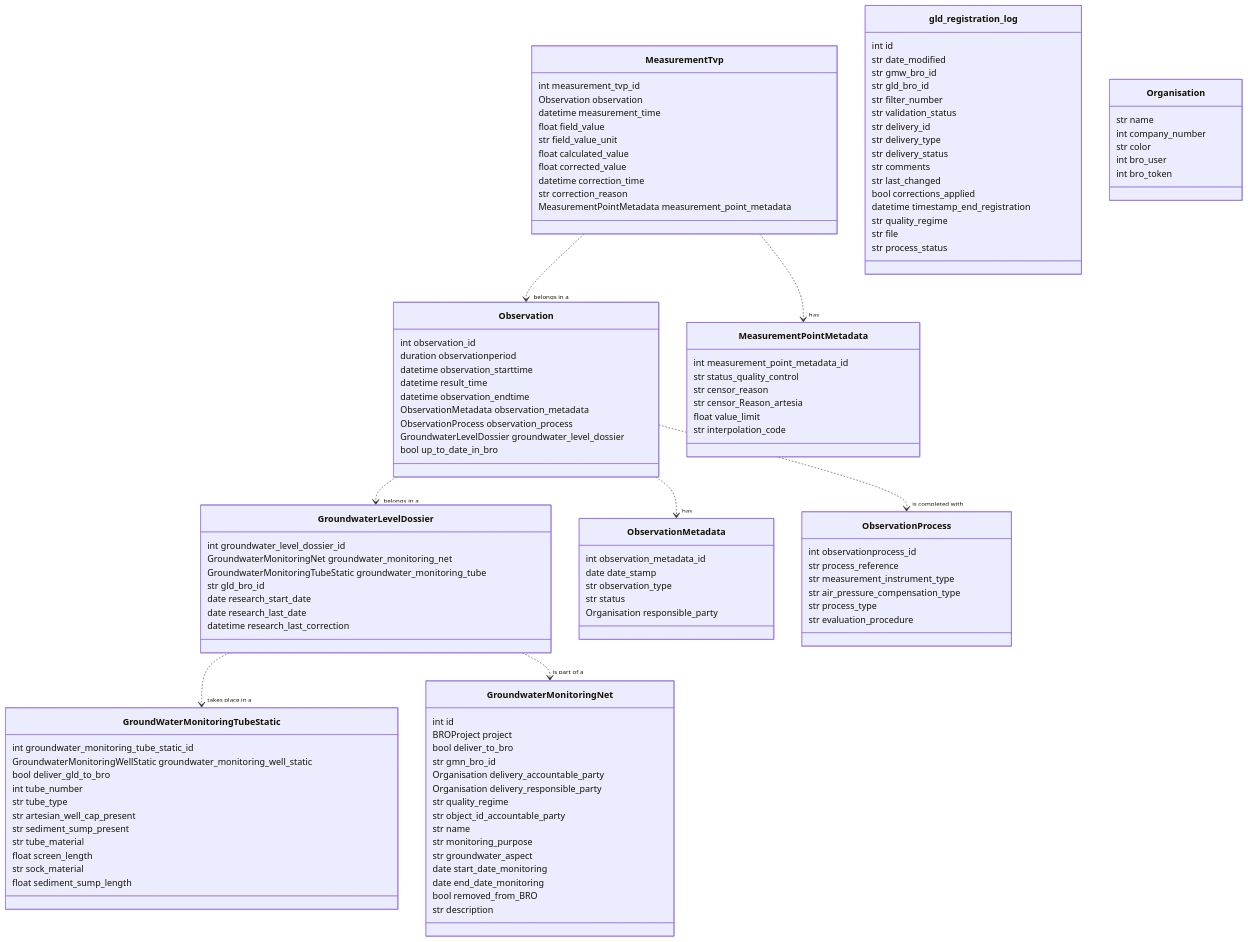
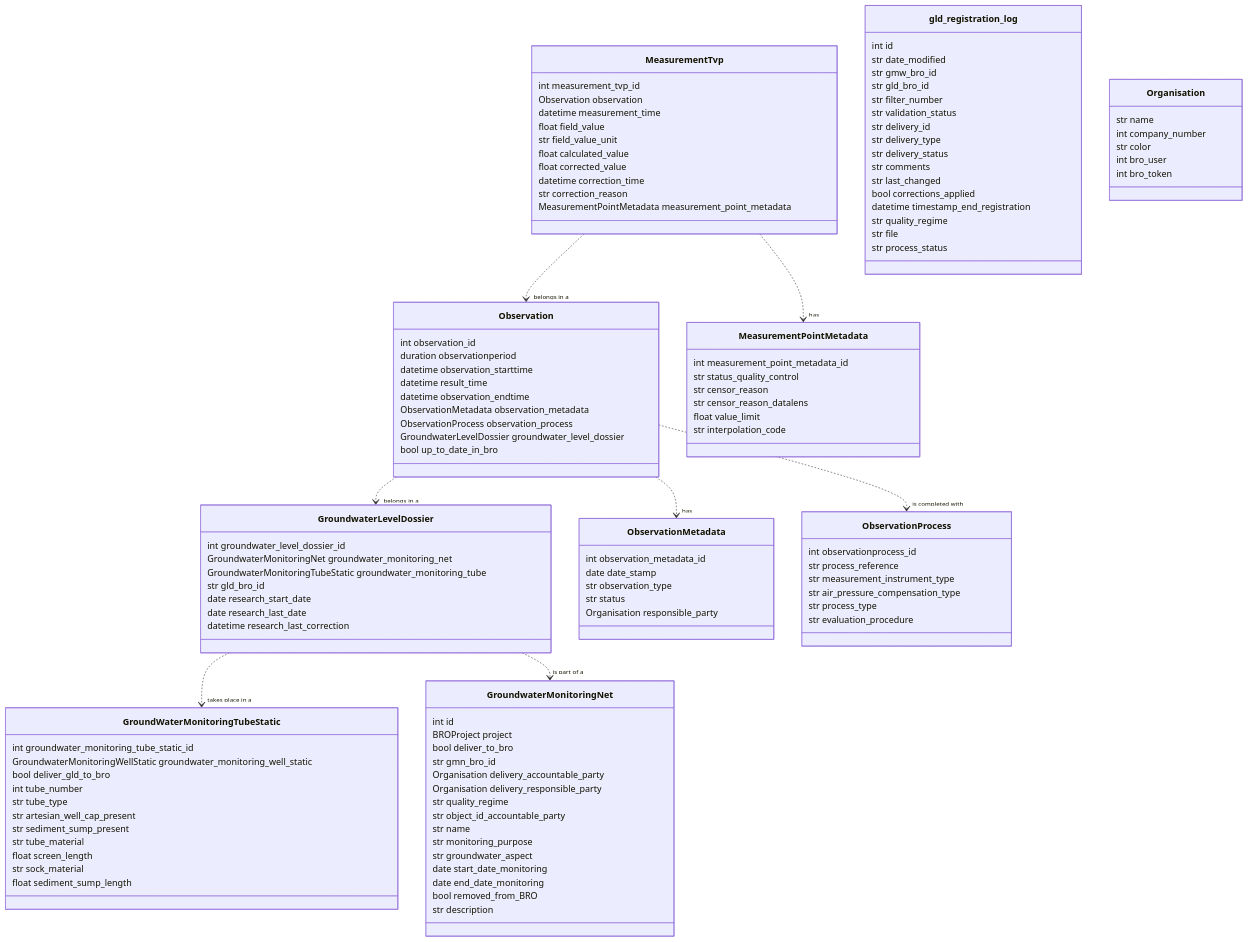
The diagram in bro_connector/gld/README.md (nens/bro-connector), drawn with Mermaid before and after one commit. The commit also changed other lines of this file and 3 other files, not shown here.

Commit message:
cprrect artesia to datalens

```diff
--- a/bro_connector/gld/README.md
+++ b/bro_connector/gld/README.md
@@ -62,7 +62,7 @@
         int measurement_point_metadata_id
         str status_quality_control
         str censor_reason
-        str censor_Reason_artesia
+        str censor_reason_datalens
         float value_limit
         str interpolation_code
     }
```
